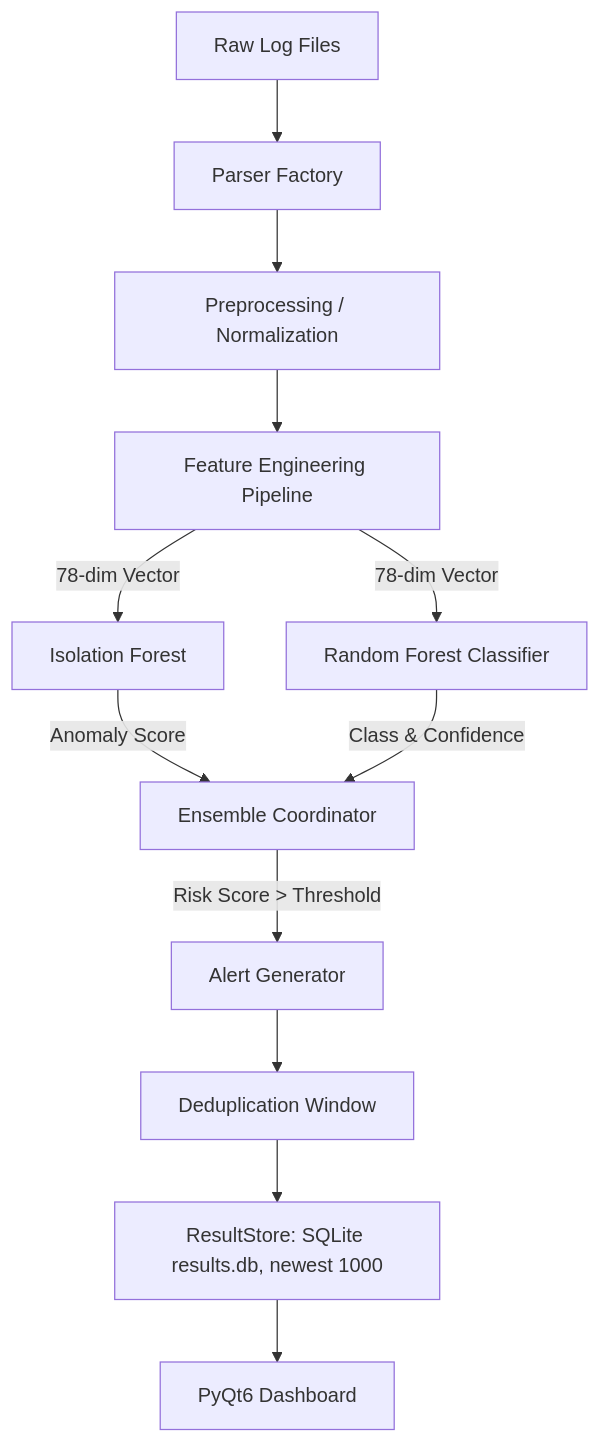
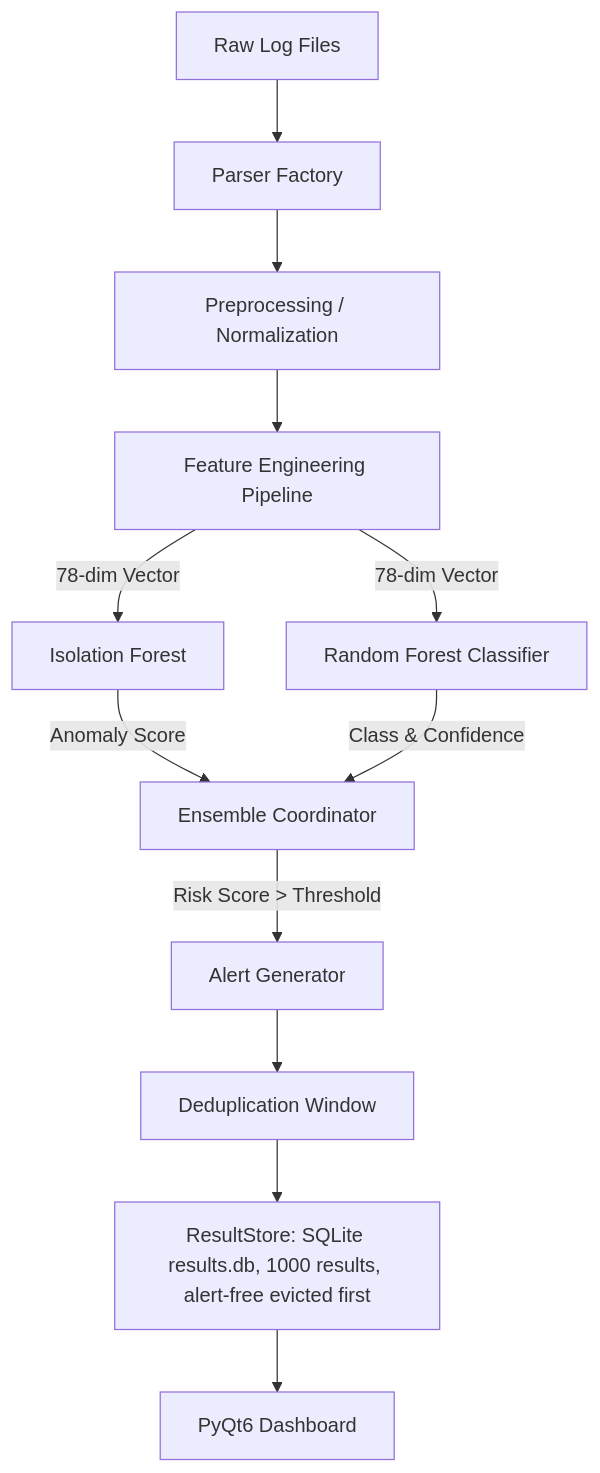
The second of 2 diagrams in docs/ARCHITECTURE_AND_ROADMAP.md (BunnyPraneeth5/SOC-Copilot), drawn with Mermaid before and after one commit. The commit also changed other lines of this file, not shown here.

````diff
--- a/docs/ARCHITECTURE_AND_ROADMAP.md
+++ b/docs/ARCHITECTURE_AND_ROADMAP.md
@@ -87,14 +87,14 @@
 ```mermaid
 flowchart TD
     A[Raw Log Files] --> B[Parser Factory]
     B --> C[Preprocessing / Normalization]
     C --> D[Feature Engineering Pipeline]
     D --> |78-dim Vector| E[Isolation Forest]
     D --> |78-dim Vector| F[Random Forest Classifier]
     E --> |Anomaly Score| G[Ensemble Coordinator]
     F --> |Class & Confidence| G
     G --> |Risk Score > Threshold| H[Alert Generator]
     H --> I[Deduplication Window]
-    I --> J[ResultStore: SQLite results.db, newest 1000]
+    I --> J[ResultStore: SQLite results.db, 1000 results, alert-free evicted first]
     J --> K[PyQt6 Dashboard]
 ```
````
